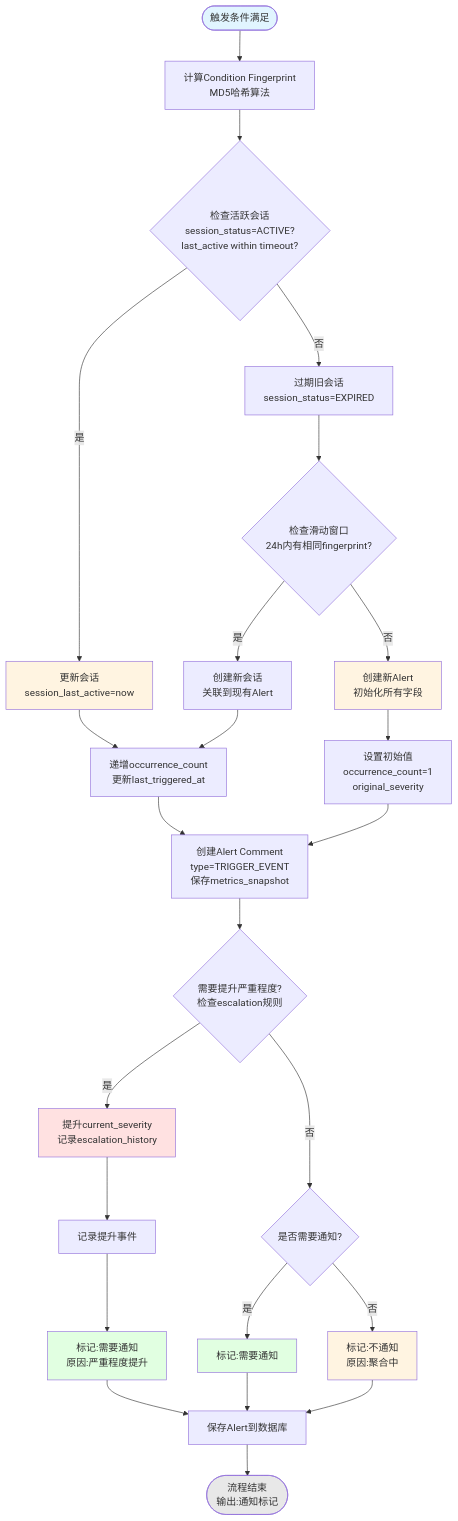
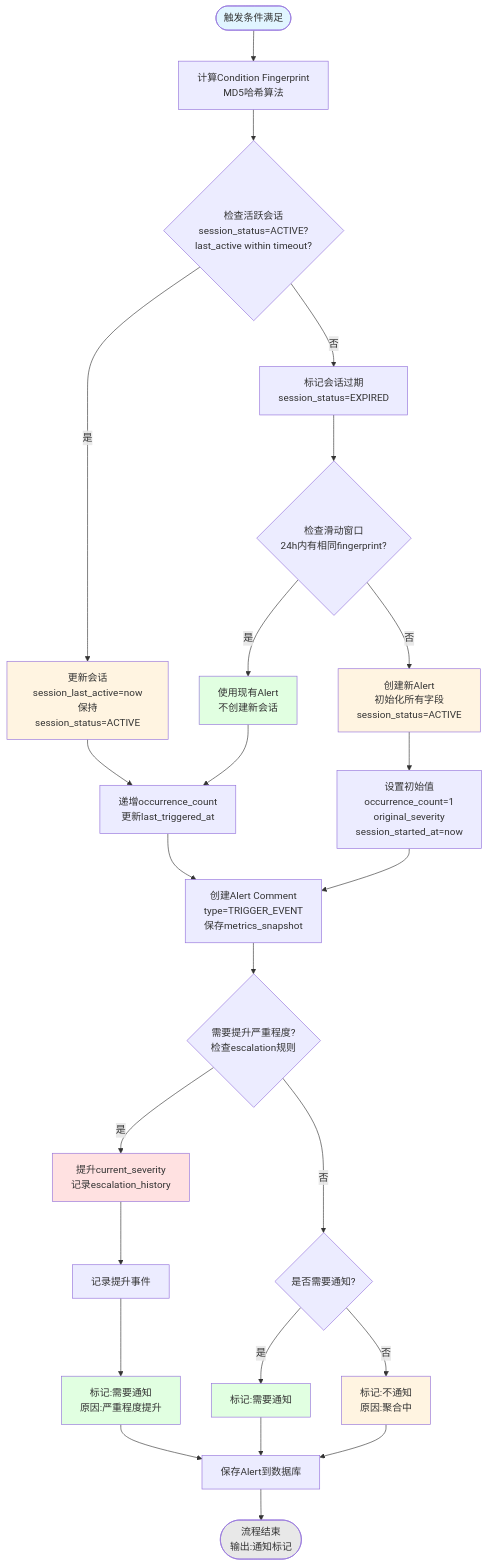
Before and after one commit to smarttttttt/AwxSentinel: the seventh of 10 diagrams in AlertSystemDesign_CN.md, drawn with Mermaid. The commit also changed other lines of this file and 1 other file, not shown here.

````diff
--- a/AlertSystemDesign_CN.md
+++ b/AlertSystemDesign_CN.md
@@ -391,46 +391,48 @@
 ```mermaid
 flowchart TD
     Start([触发条件满足]) --> CalcFingerprint[计算Condition Fingerprint<br/>MD5哈希算法]
     CalcFingerprint --> CheckSession{检查活跃会话<br/>session_status=ACTIVE?<br/>last_active within timeout?}
 
-    CheckSession -->|是| UpdateSession[更新会话<br/>session_last_active=now]
-    CheckSession -->|否| ExpireOldSession[过期旧会话<br/>session_status=EXPIRED]
+    CheckSession -->|是| UpdateSession[更新会话<br/>session_last_active=now<br/>保持session_status=ACTIVE]
+    CheckSession -->|否| ExpireSession[标记会话过期<br/>session_status=EXPIRED]
 
-    ExpireOldSession --> CheckWindow{检查滑动窗口<br/>24h内有相同fingerprint?}
+    ExpireSession --> CheckWindow{检查滑动窗口<br/>24h内有相同fingerprint?}
 
-    CheckWindow -->|是| CreateNewSession[创建新会话<br/>关联到现有Alert]
-    CheckWindow -->|否| CreateNewAlert[创建新Alert<br/>初始化所有字段]
+    CheckWindow -->|是| UseExistingAlert[使用现有Alert<br/>不创建新会话]
+    CheckWindow -->|否| CreateNewAlert[创建新Alert<br/>初始化所有字段<br/>session_status=ACTIVE]
 
     UpdateSession --> IncrementCount[递增occurrence_count<br/>更新last_triggered_at]
-    CreateNewSession --> IncrementCount
-    CreateNewAlert --> SetInitialValues[设置初始值<br/>occurrence_count=1<br/>original_severity]
+    UseExistingAlert --> IncrementCount
+
+    CreateNewAlert --> SetInitialValues[设置初始值<br/>occurrence_count=1<br/>original_severity<br/>session_started_at=now]
 
     SetInitialValues --> CreateComment[创建Alert Comment<br/>type=TRIGGER_EVENT<br/>保存metrics_snapshot]
     IncrementCount --> CreateComment
 
     CreateComment --> CheckEscalation{需要提升严重程度?<br/>检查escalation规则}
 
     CheckEscalation -->|是| EscalateSeverity[提升current_severity<br/>记录escalation_history]
     CheckEscalation -->|否| DecideNotify{是否需要通知?}
 
     EscalateSeverity --> LogEscalation[记录提升事件]
     LogEscalation --> ForceNotify[标记:需要通知<br/>原因:严重程度提升]
 
     DecideNotify -->|是| NeedNotify[标记:需要通知]
     DecideNotify -->|否| NoNotify[标记:不通知<br/>原因:聚合中]
 
     ForceNotify --> SaveAlert[保存Alert到数据库]
     NeedNotify --> SaveAlert
     NoNotify --> SaveAlert
 
     SaveAlert --> End([流程结束<br/>输出:通知标记])
 
     style Start fill:#e1f5ff
     style CreateNewAlert fill:#fff4e1
     style UpdateSession fill:#fff4e1
+    style UseExistingAlert fill:#e1ffe1
     style EscalateSeverity fill:#ffe1e1
     style ForceNotify fill:#e1ffe1
     style NeedNotify fill:#e1ffe1
     style NoNotify fill:#fff4e1
     style End fill:#e8e8e8
 ```
````
